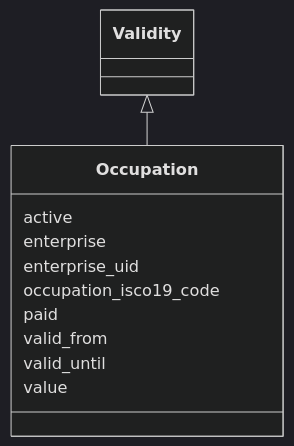
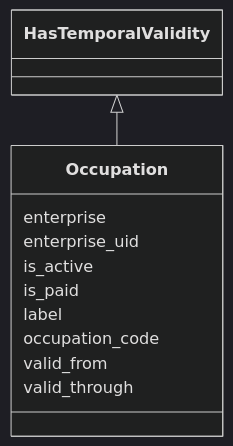
One commit to swiss/political-affairs-ech-group changed the diagram in ech-0294_actors/output/docs/Occupation.md. Above: the diagram before and after it, drawn with Mermaid (dark theme). The commit also changed other lines of this file and 176 other files, not shown here.

````diff
--- a/ech-0294_actors/output/docs/Occupation.md
+++ b/ech-0294_actors/output/docs/Occupation.md
@@ -13,25 +22,25 @@
 ```mermaid
  classDiagram
     class Occupation
     click Occupation href "../Occupation/"
-      Validity <|-- Occupation
-        click Validity href "../Validity/"
+      HasTemporalValidity <|-- Occupation
+        click HasTemporalValidity href "../HasTemporalValidity/"
       
-      Occupation : active
-        
       Occupation : enterprise
         
       Occupation : enterprise_uid
         
-      Occupation : occupation_isco19_code
+      Occupation : is_active
         
-      Occupation : paid
+      Occupation : is_paid
+        
+      Occupation : label
+        
+      Occupation : occupation_code
         
       Occupation : valid_from
         
-      Occupation : valid_until
-        
-      Occupation : value
+      Occupation : valid_through
         
       
 ```
````
